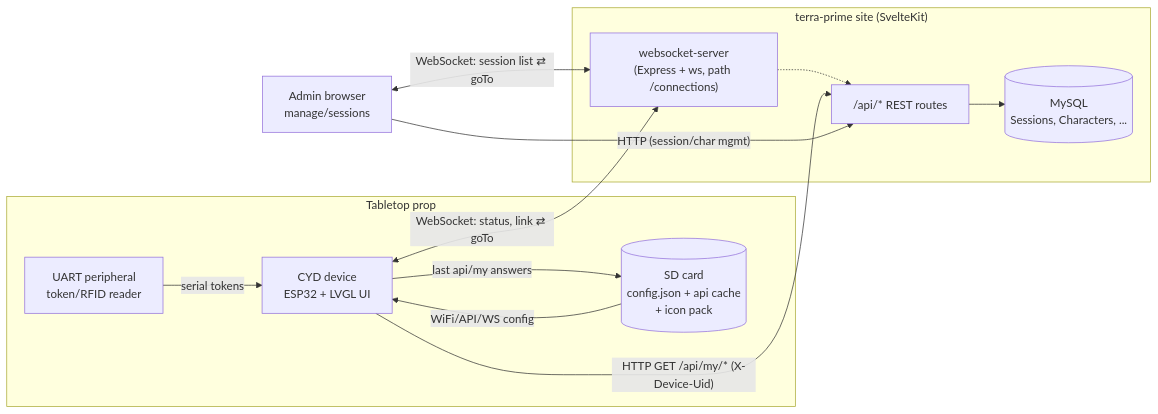
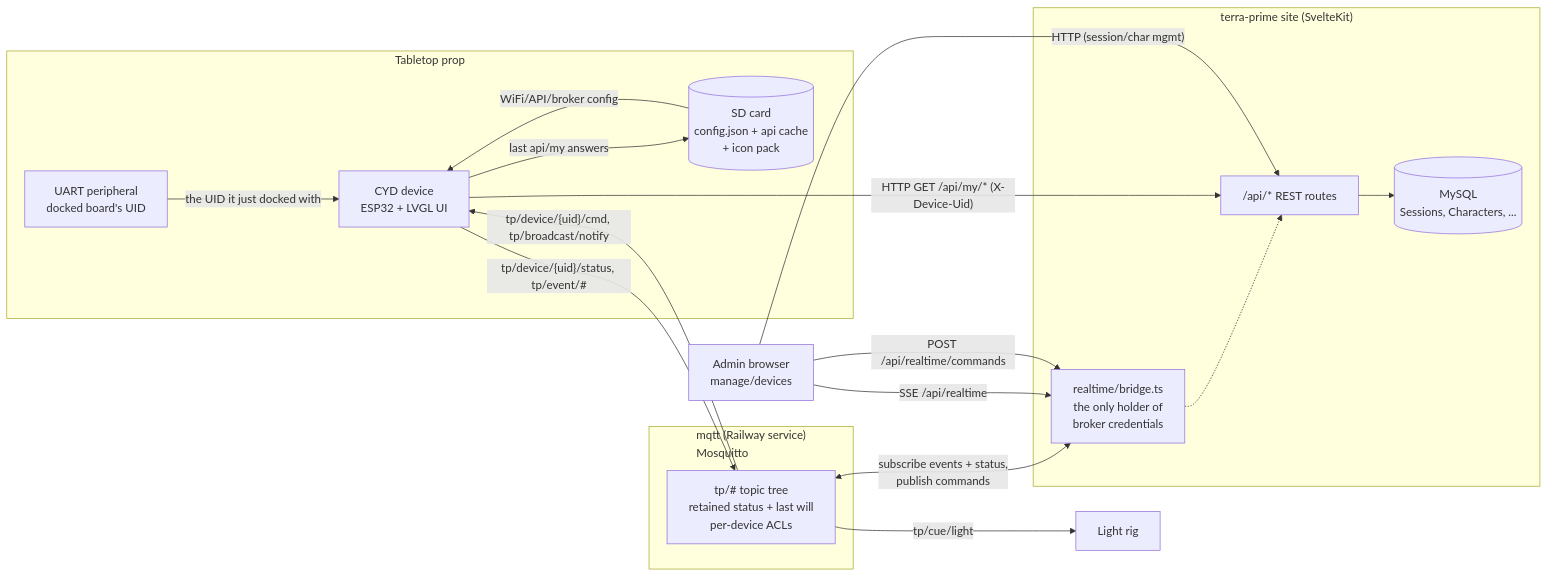
Before and after one commit to yodivdhende/terra-prime: the first of 8 diagrams in docs/CYD_DESIGN.md, drawn with Mermaid. The commit also changed other lines of this file and 42 other files, not shown here.

First line of the commit message:
TP-0165.01: move the device transport to MQTT

````diff
--- a/docs/CYD_DESIGN.md
+++ b/docs/CYD_DESIGN.md
@@ -37,26 +39,35 @@
 ```mermaid
 flowchart LR
     subgraph Table["Tabletop prop"]
-        UART[UART peripheral\ntoken/RFID reader]
+        UART[UART peripheral\ndocked board's UID]
         SD[(SD card\nconfig.json + api cache\n+ icon pack)]
         CYD["CYD device\nESP32 + LVGL UI"]
-        UART -- "serial tokens" --> CYD
-        SD -- "WiFi/API/WS config" --> CYD
+        UART -- "the UID it just docked with" --> CYD
+        SD -- "WiFi/API/broker config" --> CYD
         CYD -- "last api/my answers" --> SD
+    end
+
+    subgraph Broker["mqtt (Railway service)\nMosquitto"]
+        B["tp/# topic tree\nretained status + last will\nper-device ACLs"]
     end
 
     subgraph Site["terra-prime site (SvelteKit)"]
         API["/api/* REST routes"]
-        WS["websocket-server\n(Express + ws, path /connections)"]
+        Bridge["realtime/bridge.ts\nthe only holder of\nbroker credentials"]
         DB[(MySQL\nSessions, Characters, ...)]
         API --> DB
-        WS -.-> API
+        Bridge -.-> API
     end
 
-    Admin["Admin browser\nmanage/sessions"]
+    Admin["Admin browser\nmanage/devices"]
+    Lights["Light rig"]
 
     CYD -- "HTTP GET /api/my/* (X-Device-Uid)" --> API
-    CYD <-- "WebSocket: status, link ⇄ goTo" --> WS
-    Admin <-- "WebSocket: session list ⇄ goTo" --> WS
+    CYD -- "tp/device/{uid}/status, tp/event/#" --> B
+    B -- "tp/device/{uid}/cmd, tp/broadcast/notify" --> CYD
+    B <-- "subscribe events + status,\npublish commands" --> Bridge
+    B -- "tp/cue/light" --> Lights
+    Admin -- "SSE /api/realtime" --> Bridge
+    Admin -- "POST /api/realtime/commands" --> Bridge
     Admin -- "HTTP (session/char mgmt)" --> API
 ```
````
